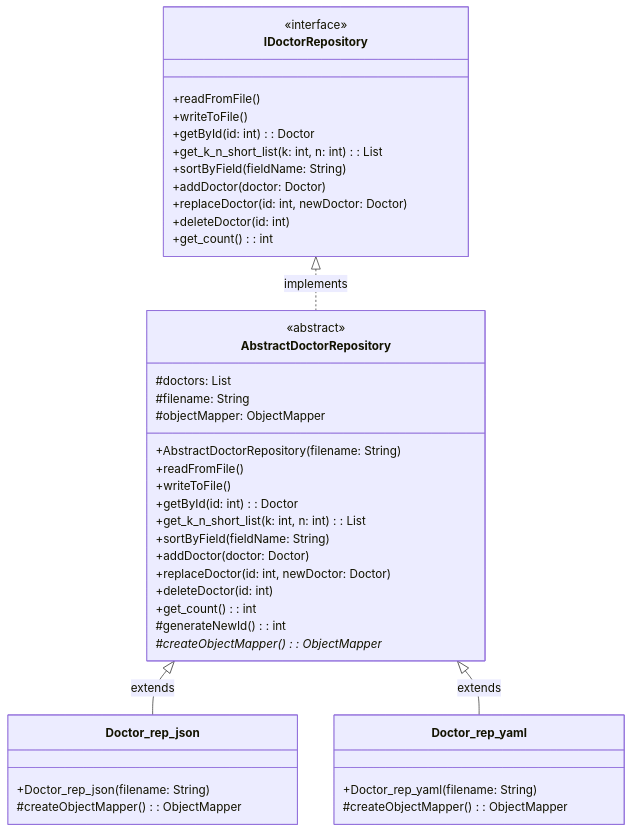
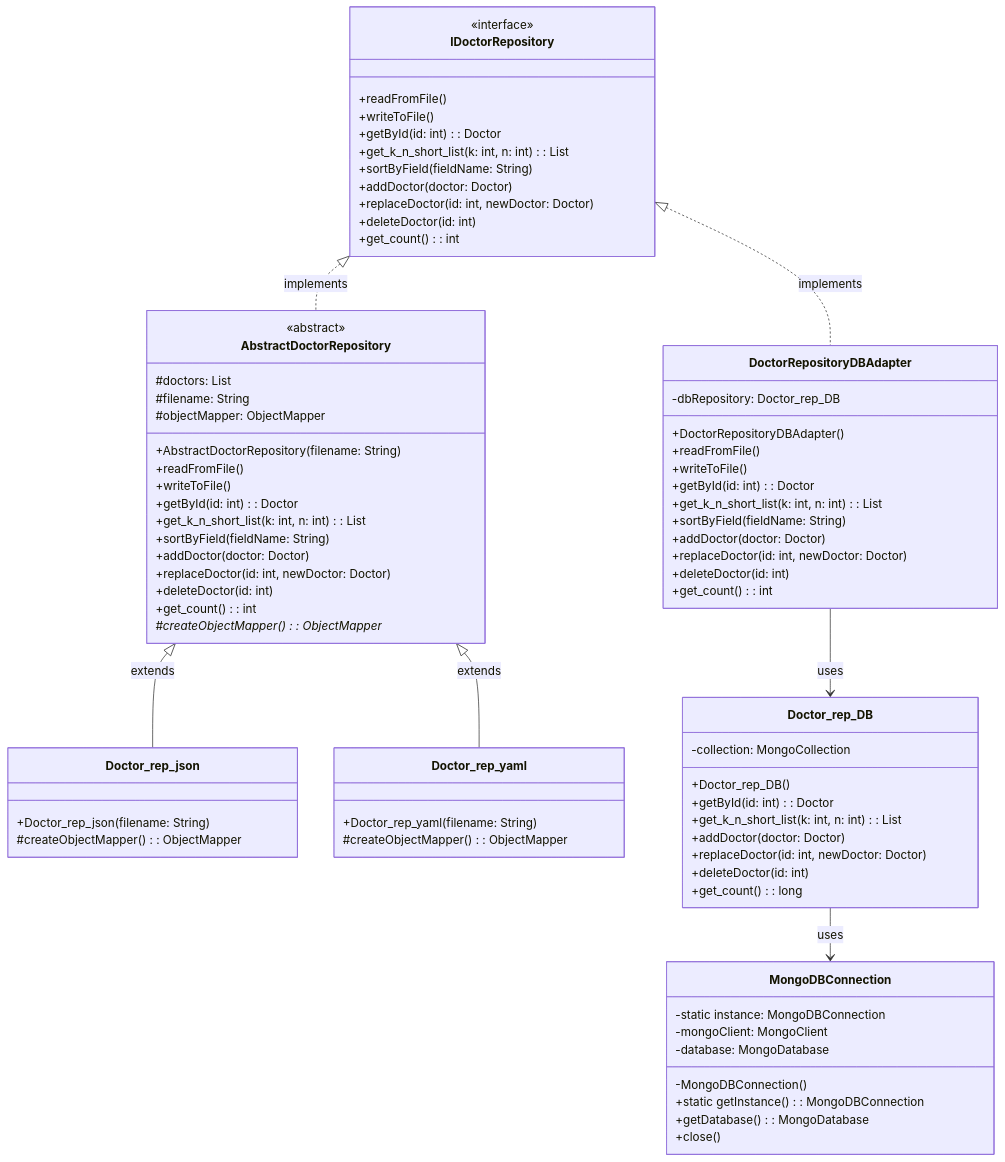
The third of 3 diagrams in README.md (0xEodum/OOP), drawn with Mermaid before and after one commit. The commit also changed 22 other files, not shown here.

````diff
--- a/README.md
+++ b/README.md
@@ -145,7 +145,6 @@
         +replaceDoctor(id: int, newDoctor: Doctor)
         +deleteDoctor(id: int)
         +get_count(): int
-        #generateNewId(): int
         #createObjectMapper()*: ObjectMapper
     }
 
@@ -159,7 +158,45 @@
         #createObjectMapper(): ObjectMapper
     }
 
+    class MongoDBConnection {
+        -static instance: MongoDBConnection
+        -mongoClient: MongoClient
+        -database: MongoDatabase
+        -MongoDBConnection()
+        +static getInstance(): MongoDBConnection
+        +getDatabase(): MongoDatabase
+        +close()
+    }
+
+    class Doctor_rep_DB {
+        -collection: MongoCollection<Document>
+        +Doctor_rep_DB()
+        +getById(id: int): Doctor
+        +get_k_n_short_list(k: int, n: int): List<BriefDoctor>
+        +addDoctor(doctor: Doctor)
+        +replaceDoctor(id: int, newDoctor: Doctor)
+        +deleteDoctor(id: int)
+        +get_count(): long
+    }
+
+    class DoctorRepositoryDBAdapter {
+        -dbRepository: Doctor_rep_DB
+        +DoctorRepositoryDBAdapter()
+        +readFromFile()
+        +writeToFile()
+        +getById(id: int): Doctor
+        +get_k_n_short_list(k: int, n: int): List<BriefDoctor>
+        +sortByField(fieldName: String)
+        +addDoctor(doctor: Doctor)
+        +replaceDoctor(id: int, newDoctor: Doctor)
+        +deleteDoctor(id: int)
+        +get_count(): int
+    }
+
     IDoctorRepository <|.. AbstractDoctorRepository : implements
     AbstractDoctorRepository <|-- Doctor_rep_json : extends
     AbstractDoctorRepository <|-- Doctor_rep_yaml : extends
+    IDoctorRepository <|.. DoctorRepositoryDBAdapter : implements
+    DoctorRepositoryDBAdapter --> Doctor_rep_DB : uses
+    Doctor_rep_DB --> MongoDBConnection : uses
 ```
````
